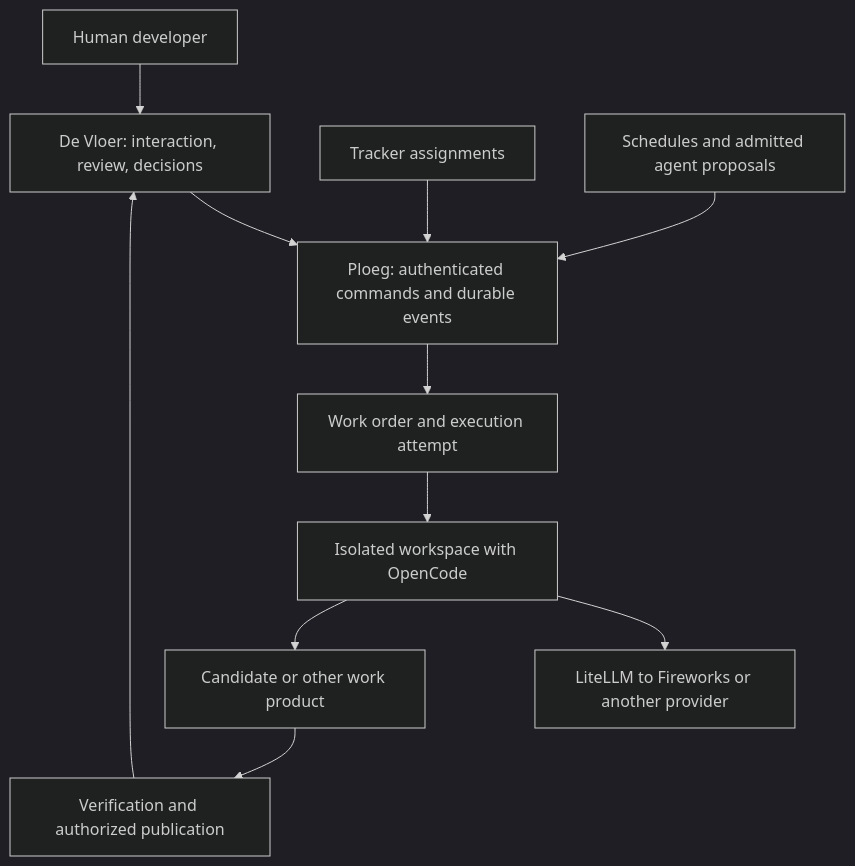
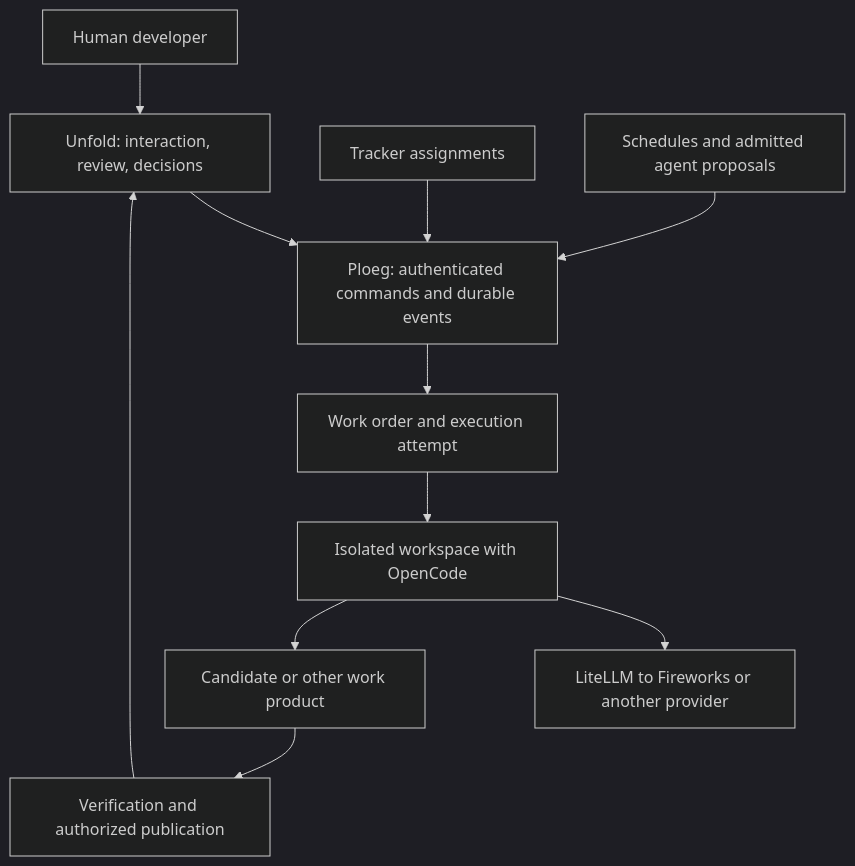
One commit to webgrip/unfold changed the diagram in apps/unfold/docs/research/2026-09-10-unified-workbench-baseline.md. Above: the diagram before and after it, drawn with Mermaid (dark theme). The commit also changed other lines of this file and 132 other files, not shown here.

````diff
--- a/apps/unfold/docs/research/2026-09-10-unified-workbench-baseline.md
+++ b/apps/unfold/docs/research/2026-09-10-unified-workbench-baseline.md
@@ -25,13 +25,13 @@
 ```mermaid
 flowchart TB
-  Human[Human developer] --> Vloer[De Vloer: interaction, review, decisions]
-  Vloer --> API[Ploeg: authenticated commands and durable events]
+  Human[Human developer] --> Unfold[Unfold: interaction, review, decisions]
+  Unfold --> API[Ploeg: authenticated commands and durable events]
   Tracker[Tracker assignments] --> API
   Triggers[Schedules and admitted agent proposals] --> API
   API --> Attempt[Work order and execution attempt]
   Attempt --> Workspace[Isolated workspace with OpenCode]
   Workspace --> Gateway[LiteLLM to Fireworks or another provider]
   Workspace --> Evidence[Candidate or other work product]
   Evidence --> Review[Verification and authorized publication]
-  Review --> Vloer
+  Review --> Unfold
 ```
````
